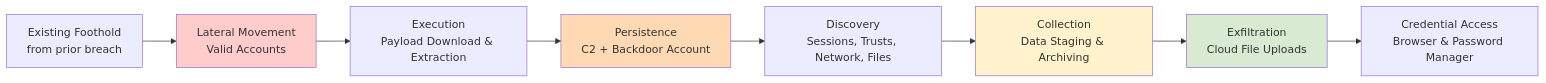
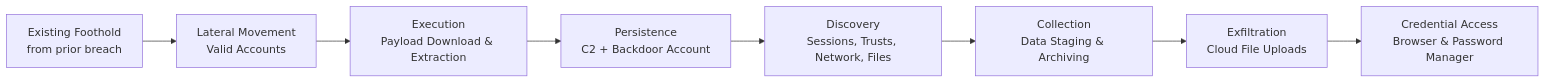
Before and after one commit to steven-noel-cruz/Threat-Hunt: the diagram in azuki_soc_investigation_bridge_takeover.md, drawn with Mermaid.

````diff
--- a/azuki_soc_investigation_bridge_takeover.md
+++ b/azuki_soc_investigation_bridge_takeover.md
@@ -249,14 +249,11 @@
 ``` mermaid
 flowchart LR
     A[Existing Foothold<br/>from prior breach] --> B[Lateral Movement<br/>Valid Accounts]
     B --> C[Execution<br/>Payload Download & Extraction]
     C --> D[Persistence<br/>C2 + Backdoor Account]
     D --> E[Discovery<br/>Sessions, Trusts, Network, Files]
     E --> F[Collection<br/>Data Staging & Archiving]
     F --> G[Exfiltration<br/>Cloud File Uploads]
     G --> H[Credential Access<br/>Browser & Password Manager]
-    style B fill:#ffcccc
-    style D fill:#ffd9b3
-    style F fill:#fff2cc
-    style G fill:#d9ead3
+
 ```
````
